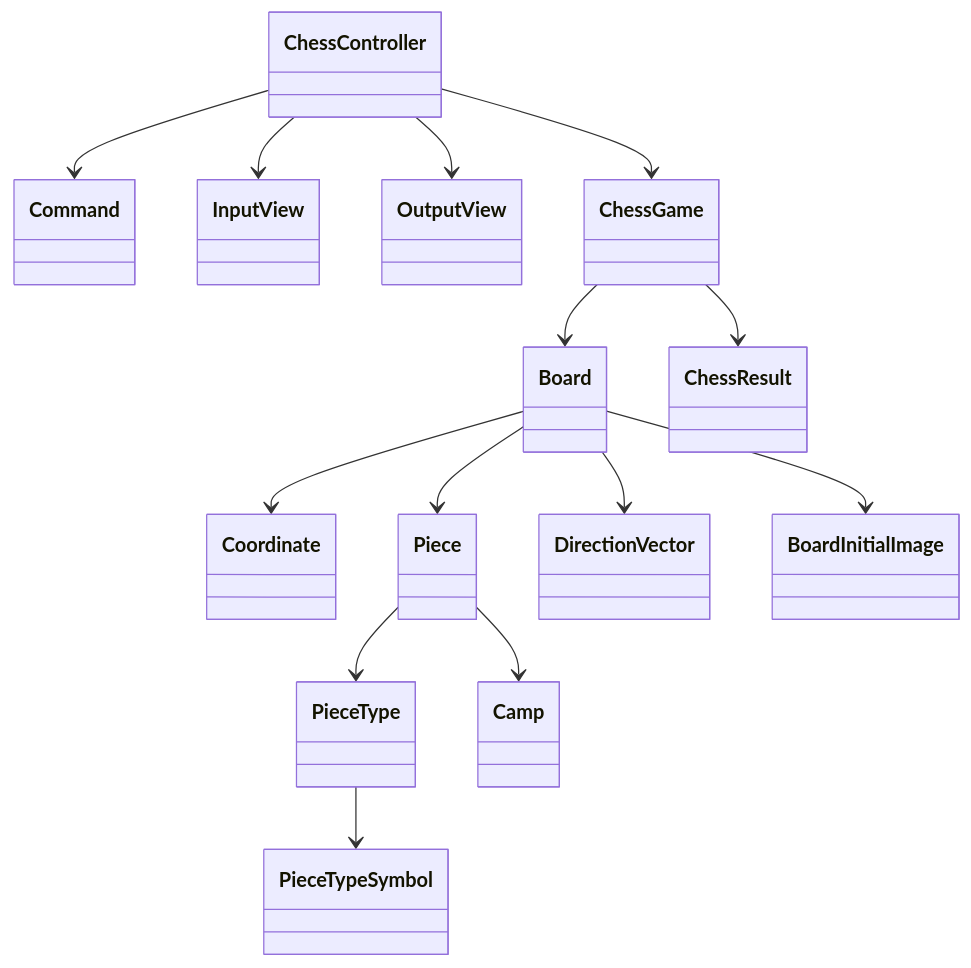
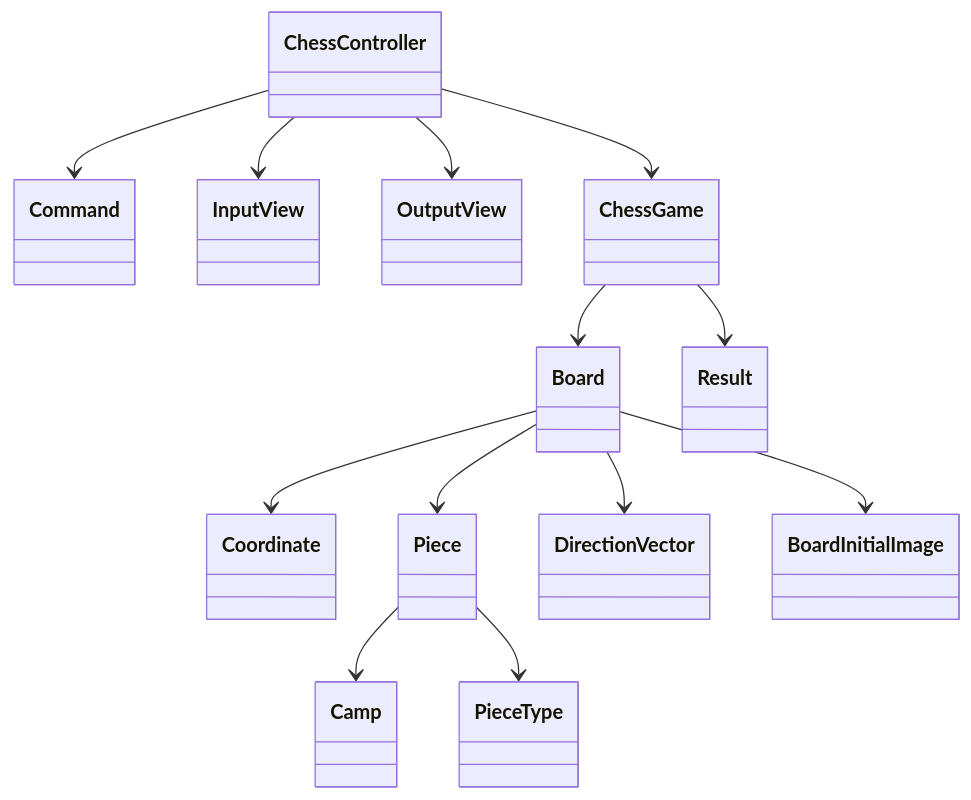
The diagram in README.md (woowacourse/java-chess), drawn with Mermaid before and after one commit. The commit also changed 25 other files, not shown here.

````diff
--- a/README.md
+++ b/README.md
@@ -70,16 +70,15 @@
 ```mermaid
 classDiagram
   ChessController --> Command
   ChessController --> InputView
   ChessController --> OutputView
   ChessController --> ChessGame
   ChessGame --> Board
-  ChessGame --> ChessResult
+  ChessGame --> Result
   Board --> Coordinate
   Board --> Piece
   Board --> DirectionVector
   Board --> BoardInitialImage
+  Piece --> Camp
   Piece --> PieceType
-  Piece --> Camp
-  PieceType --> PieceTypeSymbol
 ```
````
